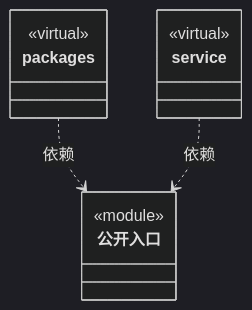
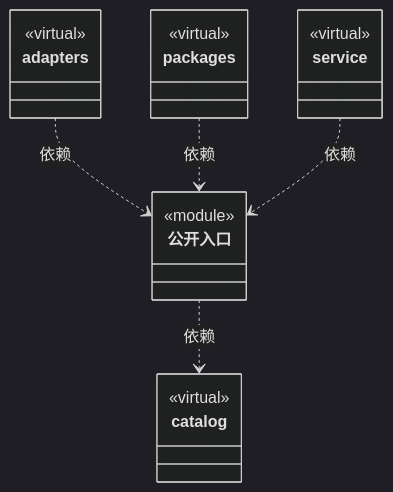
One commit to nan023062/cbim changed the diagram in src/logic/engines/ARCHITECTURE.md. Above: the diagram before and after it, drawn with Mermaid (dark theme). The commit also changed other lines of this file and 480 other files, not shown here.

````diff
--- a/src/logic/engines/ARCHITECTURE.md
+++ b/src/logic/engines/ARCHITECTURE.md
@@ -21,17 +21,27 @@
 ```mermaid
 classDiagram
 class N_fbb1ef4949d9["公开入口"] {
   <<module>>
 }
 click N_fbb1ef4949d9 href "index.ts"
+class N_36c40847e267["catalog"] {
+  <<virtual>>
+}
+click N_36c40847e267 href "catalog/ARCHITECTURE.md"
+class N_e1e47e090bc2["adapters"] {
+  <<virtual>>
+}
+click N_e1e47e090bc2 href "adapters/ARCHITECTURE.md"
 class N_e36725470015["packages"] {
   <<virtual>>
 }
 click N_e36725470015 href "packages/ARCHITECTURE.md"
 class N_c89715d50249["service"] {
   <<virtual>>
 }
 click N_c89715d50249 href "service/ARCHITECTURE.md"
+N_fbb1ef4949d9 ..> N_36c40847e267 : 依赖
+N_e1e47e090bc2 ..> N_fbb1ef4949d9 : 依赖
 N_e36725470015 ..> N_fbb1ef4949d9 : 依赖
 N_c89715d50249 ..> N_fbb1ef4949d9 : 依赖
 ```
````
